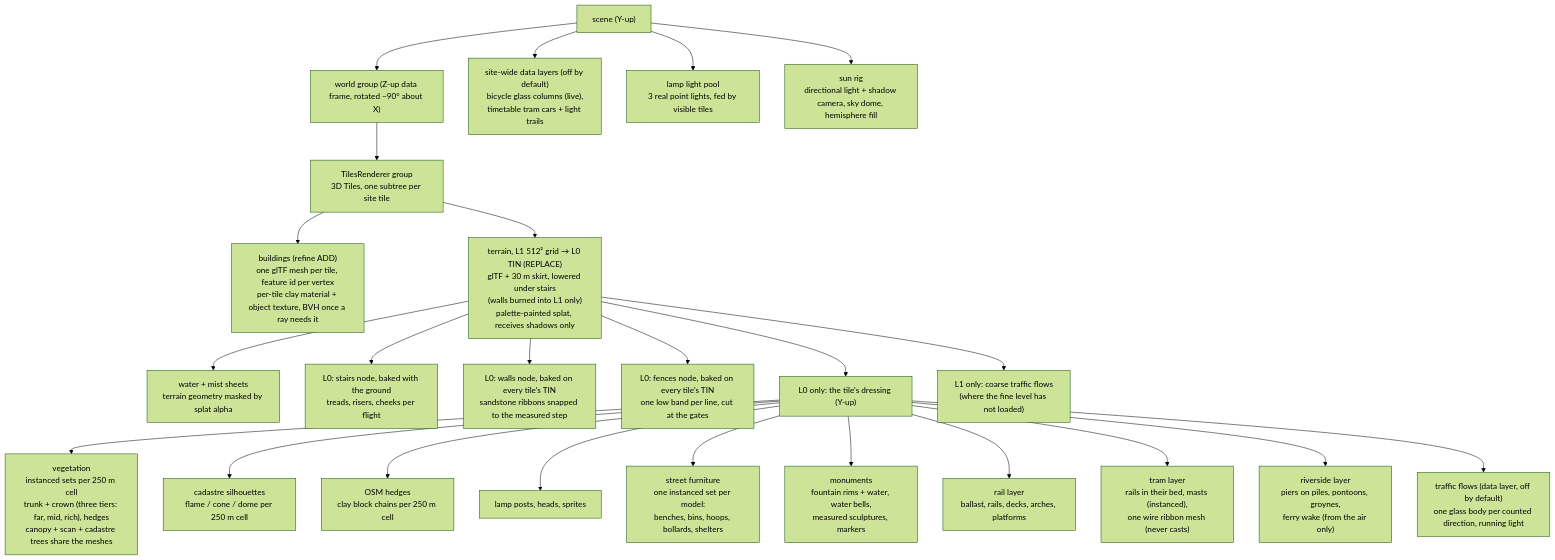
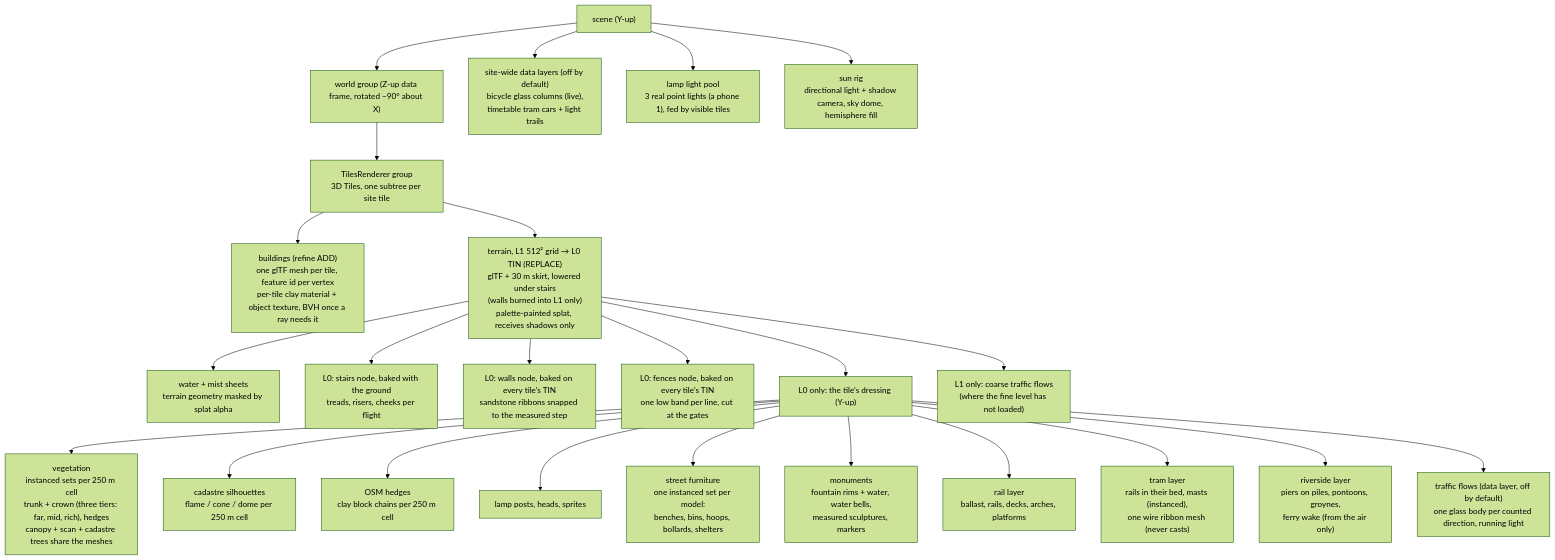
The first of 2 diagrams in docs/rendering.md (mdugue/bridge), drawn with Mermaid (forest theme) before and after one commit. The commit also changed other lines of this file and 9 other files, not shown here.

First line of the commit message:
perf(lamps): a phone lights one real lamp, not three

````diff
--- a/docs/rendering.md
+++ b/docs/rendering.md
@@ -25,29 +25,29 @@
 ```mermaid
 flowchart TB
   SCENE["scene (Y-up)"]
   WORLD["world group (Z-up data frame, rotated −90° about X)"]
   TILES["TilesRenderer group<br/>3D Tiles, one subtree per site tile"]
   SCENE --> WORLD
   WORLD --> TILES
   TILES --> CITY["buildings (refine ADD)<br/>one glTF mesh per tile, feature id per vertex<br/>per-tile clay material + object texture, BVH once a ray needs it"]
   TILES --> TER["terrain, L1 512² grid → L0 TIN (REPLACE)<br/>glTF + 30 m skirt, lowered under stairs<br/>(walls burned into L1 only)<br/>palette-painted splat, receives shadows only"]
   TER --> WAT["water + mist sheets<br/>terrain geometry masked by splat alpha"]
   TER --> STAIR["L0: stairs node, baked with the ground<br/>treads, risers, cheeks per flight"]
   TER --> WALL["L0: walls node, baked on every tile's TIN<br/>sandstone ribbons snapped to the measured step"]
   TER --> FENCE["L0: fences node, baked on every tile's TIN<br/>one low band per line, cut at the gates"]
   TER --> DRESS["L0 only: the tile's dressing (Y-up)"]
   DRESS --> VEG["vegetation<br/>instanced sets per 250 m cell<br/>trunk + crown (three tiers: far, mid, rich), hedges<br/>canopy + scan + cadastre trees share the meshes"]
   DRESS --> INV["cadastre silhouettes<br/>flame / cone / dome per 250 m cell"]
   DRESS --> LOW["OSM hedges<br/>clay block chains per 250 m cell"]
   DRESS --> LAMP["lamp posts, heads, sprites"]
   DRESS --> FURN["street furniture<br/>one instanced set per model:<br/>benches, bins, hoops, bollards, shelters"]
   DRESS --> MON["monuments<br/>fountain rims + water, water bells,<br/>measured sculptures, markers"]
   DRESS --> RAIL["rail layer<br/>ballast, rails, decks, arches, platforms"]
   DRESS --> TRAM["tram layer<br/>rails in their bed, masts (instanced),<br/>one wire ribbon mesh (never casts)"]
   DRESS --> RIV["riverside layer<br/>piers on piles, pontoons, groynes,<br/>ferry wake (from the air only)"]
   DRESS --> TRAF["traffic flows (data layer, off by default)<br/>one glass body per counted direction, running light"]
   TER --> TRAFC["L1 only: coarse traffic flows<br/>(where the fine level has not loaded)"]
   SCENE --> DATA["site-wide data layers (off by default)<br/>bicycle glass columns (live),<br/>timetable tram cars + light trails"]
-  SCENE --> LIGHTS["lamp light pool<br/>3 real point lights, fed by visible tiles"]
+  SCENE --> LIGHTS["lamp light pool<br/>3 real point lights (a phone 1), fed by visible tiles"]
   SCENE --> SUN["sun rig<br/>directional light + shadow camera, sky dome, hemisphere fill"]
 ```
````
